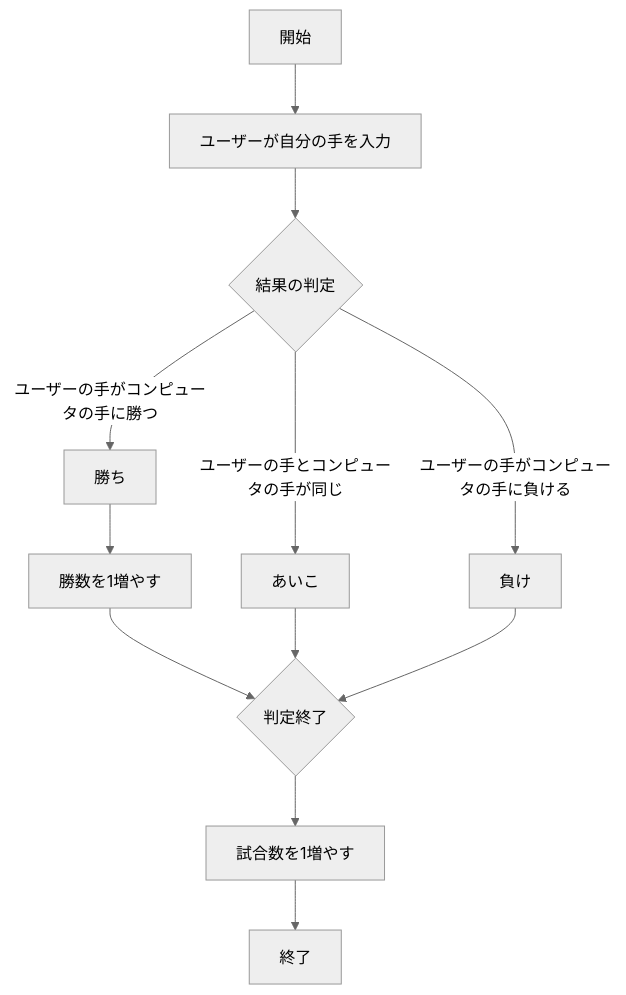
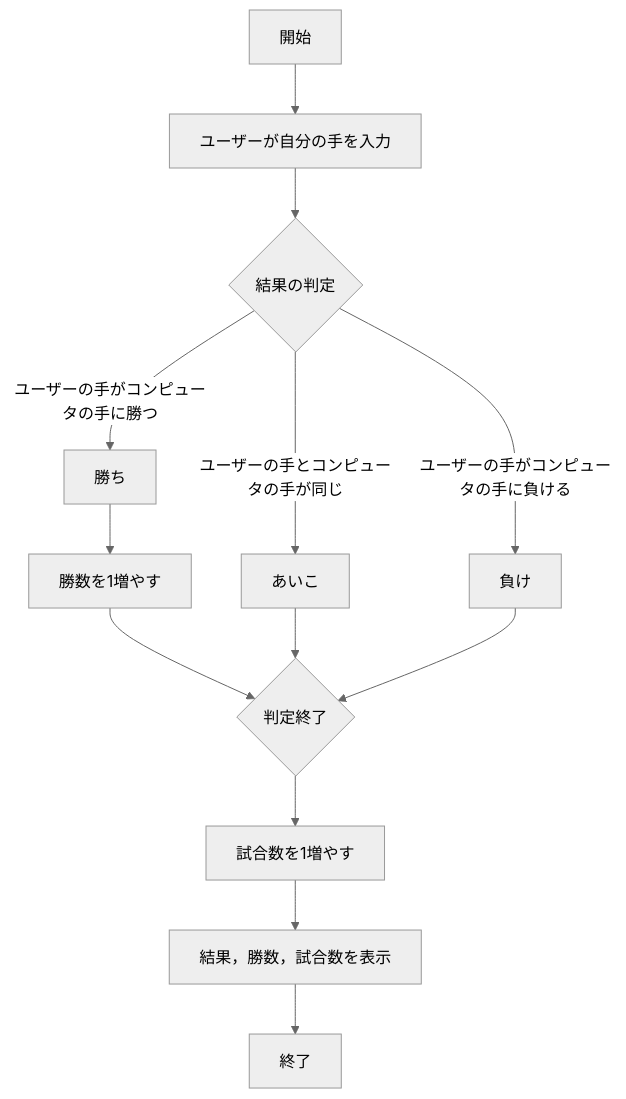
Before and after one commit to sekiya-12/webpro_06: the first of 2 diagrams in README.md, drawn with Mermaid (neutral theme). The commit also changed other lines of this file and 1 other file, not shown here.

````diff
--- a/README.md
+++ b/README.md
@@ -41,27 +41,30 @@
 ```mermaid
 flowchart TD;
 
 start["開始"];
 enter["ユーザーが自分の手を入力"];
 end1["終了"];
 if{"結果の判定"};
 if1{"判定終了"};
 win["勝ち"];
 same["あいこ"];
 loose["負け"];
 勝数を増やす["勝数を1増やす"];
 試合数を増やす["試合数を1増やす"];
+結果を表示["結果，勝数，試合数を表示"]
 
 start --> enter
 enter --> if
 if -->|ユーザーの手がコンピュータの手に勝つ| win
 win --> 勝数を増やす
 勝数を増やす --> if1
 if -->|ユーザーの手とコンピュータの手が同じ| same
 same --> if1
 if -->|ユーザーの手がコンピュータの手に負ける| loose
 loose --> if1
 if1 --> 試合数を増やす
-試合数を増やす --> end1
+試合数を増やす --> 
+結果を表示 --> end1
+end1
 
 ```
````
